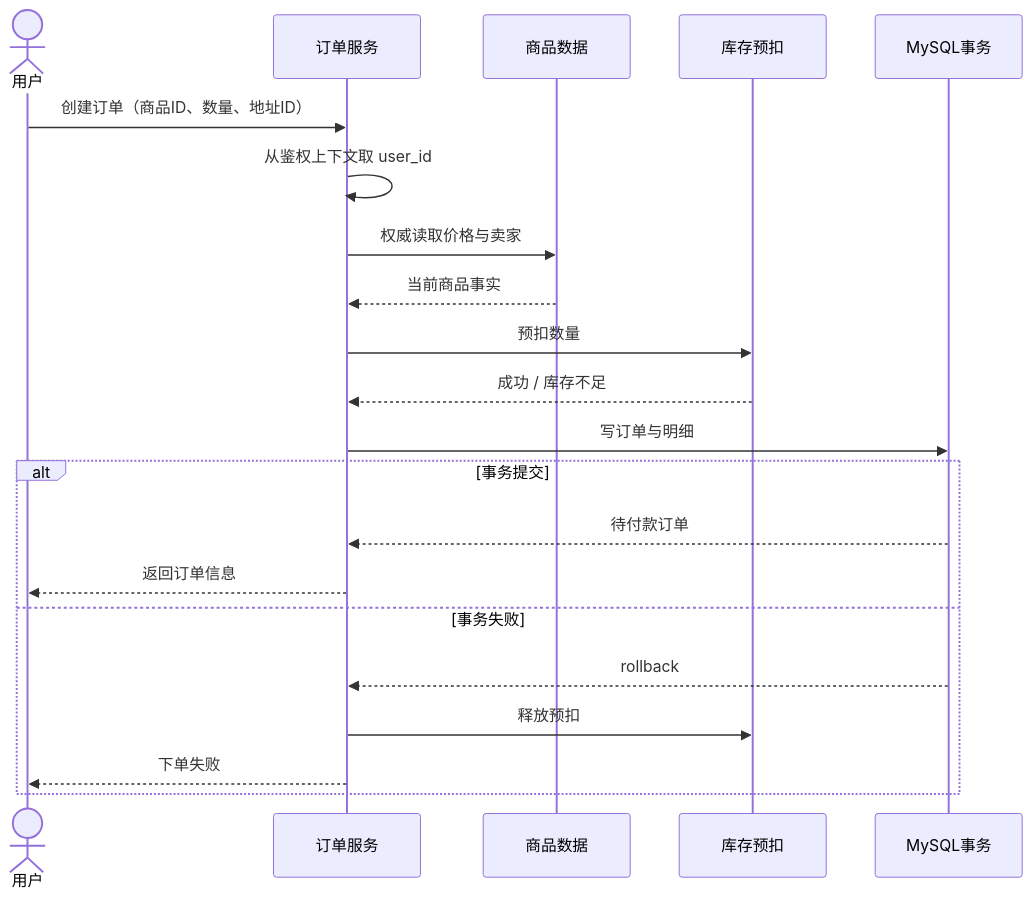
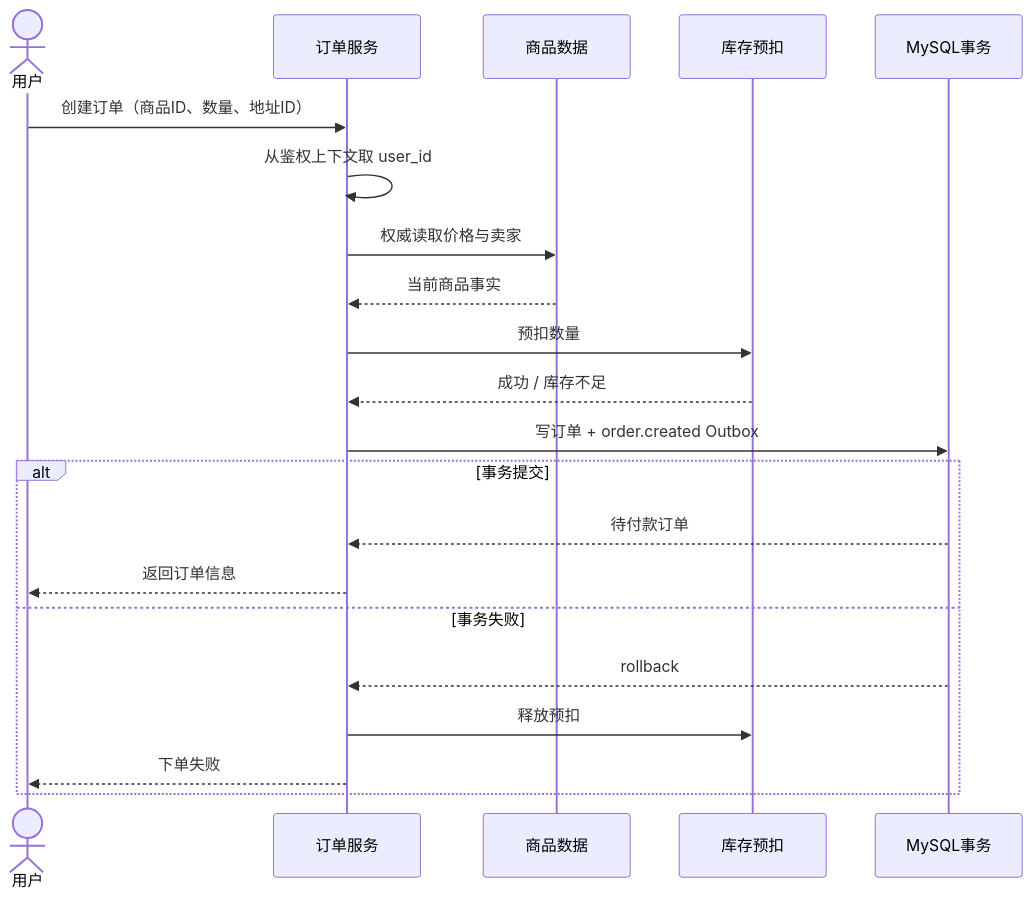
Before and after one commit to RedInn7/gomall: the fourth of 4 diagrams in docs/lecture/00-overview.md, drawn with Mermaid. The commit also changed other lines of this file and 2 other files, not shown here.

````diff
--- a/docs/lecture/00-overview.md
+++ b/docs/lecture/00-overview.md
@@ -101,23 +101,23 @@
 ```mermaid
 sequenceDiagram
     actor U as 用户
     participant O as 订单服务
     participant P as 商品数据
     participant R as 库存预扣
     participant D as MySQL事务
     U->>O: 创建订单（商品ID、数量、地址ID）
     O->>O: 从鉴权上下文取 user_id
     O->>P: 权威读取价格与卖家
     P-->>O: 当前商品事实
     O->>R: 预扣数量
     R-->>O: 成功 / 库存不足
-    O->>D: 写订单与明细
+    O->>D: 写订单 + order.created Outbox
     alt 事务提交
         D-->>O: 待付款订单
         O-->>U: 返回订单信息
     else 事务失败
         D-->>O: rollback
         O->>R: 释放预扣
         O-->>U: 下单失败
     end
 ```
````
